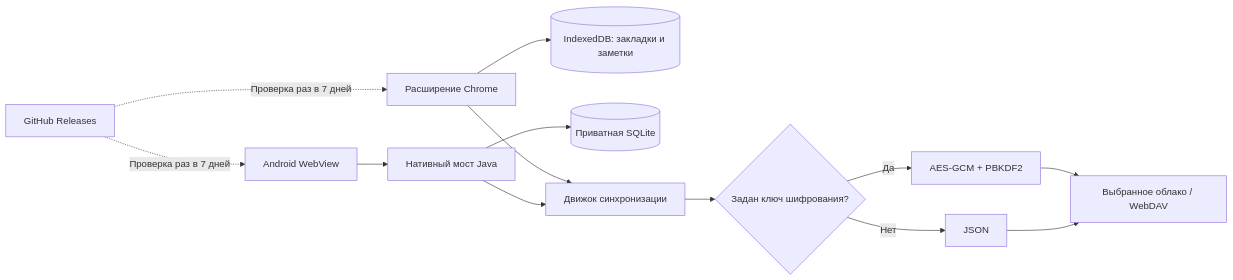
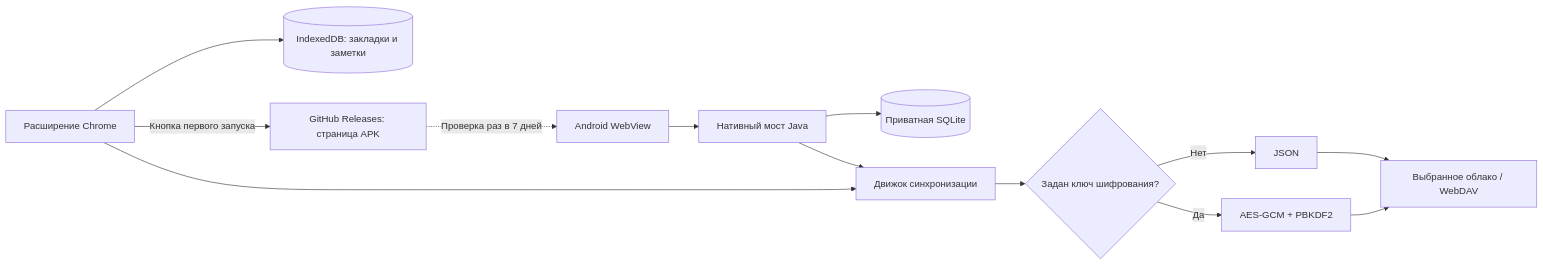
The diagram in README.md (rukazax/Private_SpeedDial), drawn with Mermaid before and after one commit. The commit also changed other lines of this file and 32 other files, not shown here.

Commit message:
Replace browser GitHub update checks with one-time Android invitation; release 6.10.3

````diff
--- a/README.md
+++ b/README.md
@@ -71,15 +73,15 @@
 ```mermaid
 flowchart LR
   B[Расширение Chrome] --> BI[(IndexedDB: закладки и заметки)]
   A[Android WebView] --> N[Нативный мост Java]
   N --> DB[(Приватная SQLite)]
   B --> S[Движок синхронизации]
   N --> S
   S --> E{Задан ключ шифрования?}
   E -- Да --> C[AES-GCM + PBKDF2]
   E -- Нет --> J[JSON]
   C --> P[Выбранное облако / WebDAV]
   J --> P
-  G[GitHub Releases] -. Проверка раз в 7 дней .-> B
+  B -- Кнопка первого запуска --> G[GitHub Releases: страница APK]
   G -. Проверка раз в 7 дней .-> A
 ```
````
